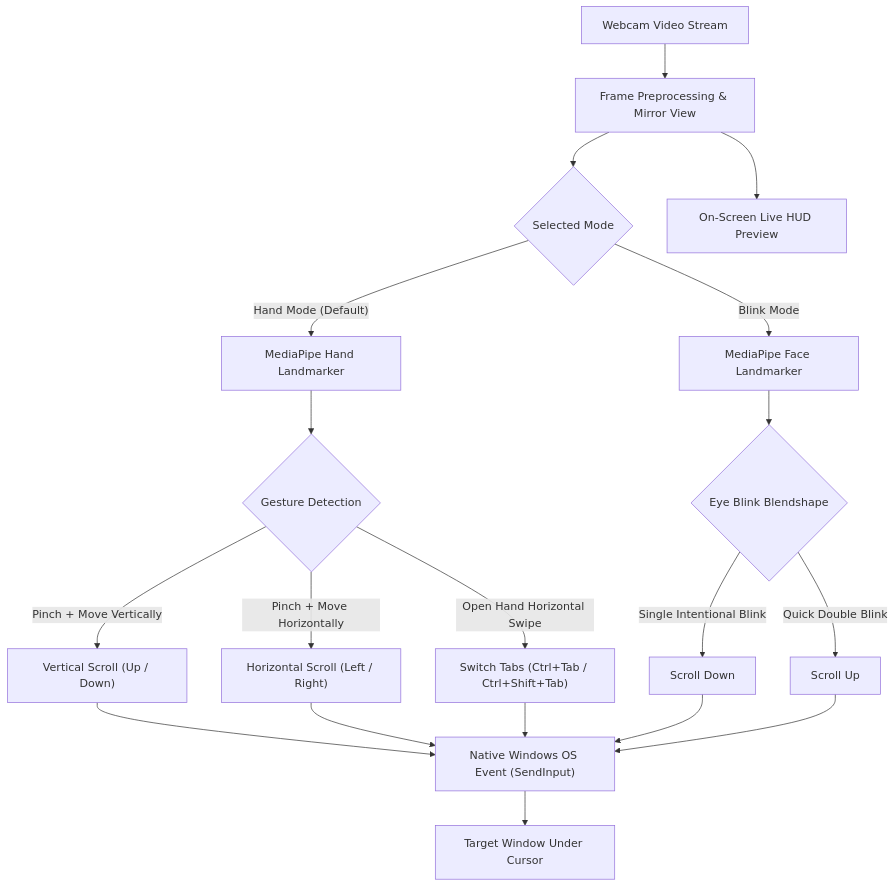
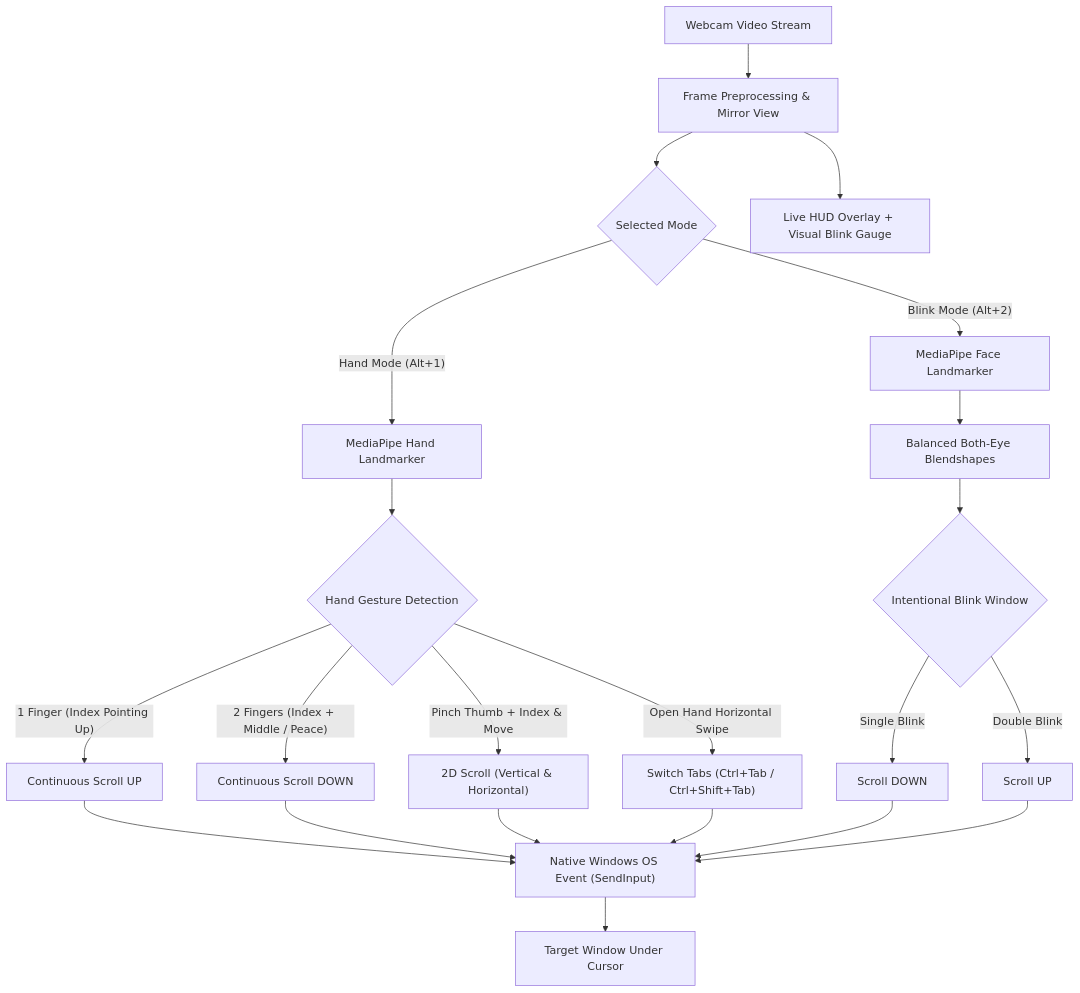
The diagram in README.md (bhaveshrudra/AirScroll), drawn with Mermaid before and after one commit. The commit also changed other lines of this file and 4 other files, not shown here.

````diff
--- a/README.md
+++ b/README.md
@@ -10,23 +24,25 @@
 ```mermaid
 flowchart TD
     A["Webcam Video Stream"] --> B["Frame Preprocessing & Mirror View"]
     B --> C{"Selected Mode"}
 
     %% Hand Tracking Path
-    C -->|"Hand Mode (Default)"| D["MediaPipe Hand Landmarker"]
-    D --> E{"Gesture Detection"}
-    E -->|"Pinch + Move Vertically"| F["Vertical Scroll (Up / Down)"]
-    E -->|"Pinch + Move Horizontally"| G["Horizontal Scroll (Left / Right)"]
-    E -->|"Open Hand Horizontal Swipe"| H["Switch Tabs (Ctrl+Tab / Ctrl+Shift+Tab)"]
+    C -->|"Hand Mode (Alt+1)"| D["MediaPipe Hand Landmarker"]
+    D --> E{"Hand Gesture Detection"}
+    E -->|"1 Finger (Index Pointing Up)"| F["Continuous Scroll UP"]
+    E -->|"2 Fingers (Index + Middle / Peace)"| G["Continuous Scroll DOWN"]
+    E -->|"Pinch Thumb + Index & Move"| H["2D Scroll (Vertical & Horizontal)"]
+    E -->|"Open Hand Horizontal Swipe"| I["Switch Tabs (Ctrl+Tab / Ctrl+Shift+Tab)"]
 
     %% Blink Tracking Path
-    C -->|"Blink Mode"| I["MediaPipe Face Landmarker"]
-    I --> J{"Eye Blink Blendshape"}
-    J -->|"Single Intentional Blink"| K["Scroll Down"]
-    J -->|"Quick Double Blink"| L["Scroll Up"]
+    C -->|"Blink Mode (Alt+2)"| J["MediaPipe Face Landmarker"]
+    J --> K["Balanced Both-Eye Blendshapes"]
+    K --> L{"Intentional Blink Window"}
+    L -->|"Single Blink"| M["Scroll DOWN"]
+    L -->|"Double Blink"| N["Scroll UP"]
 
     %% OS Action & HUD
-    F & G & H & K & L --> M["Native Windows OS Event (SendInput)"]
-    M --> N["Target Window Under Cursor"]
-    B --> O["On-Screen Live HUD Preview"]
+    F & G & H & I & M & N --> P["Native Windows OS Event (SendInput)"]
+    P --> Q["Target Window Under Cursor"]
+    B --> R["Live HUD Overlay + Visual Blink Gauge"]
 ```
````
